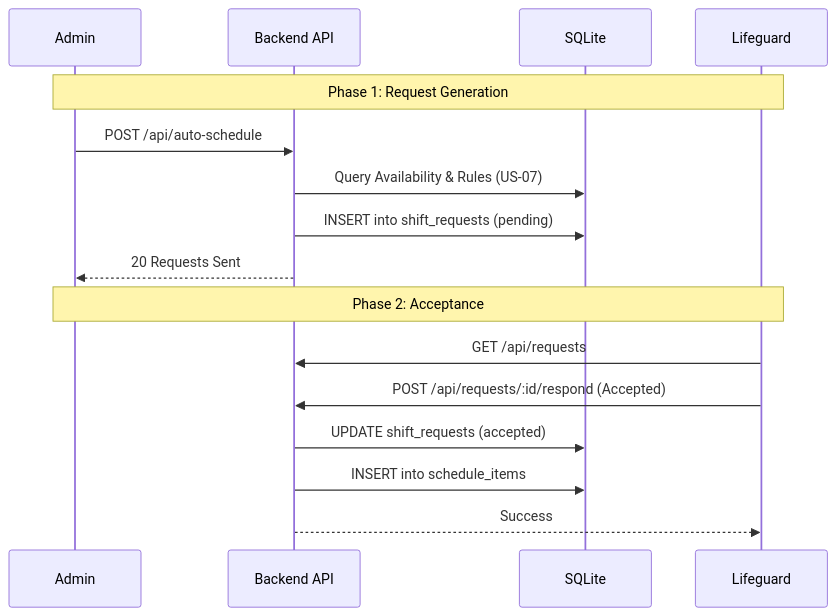
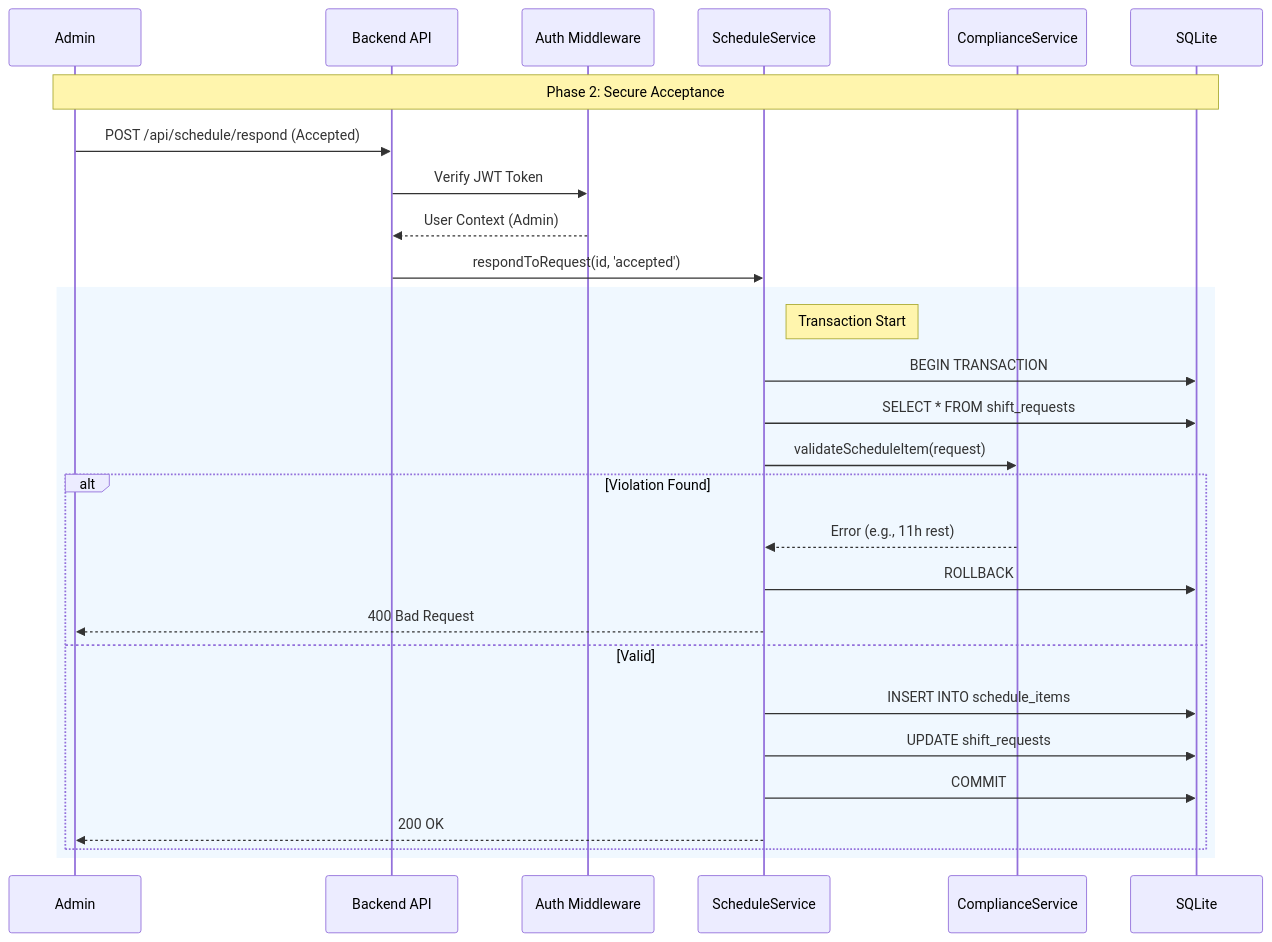
The first of 2 diagrams in ARCHITECTURE.md (huaxel/redders-bit), drawn with Mermaid before and after one commit. The commit also changed other lines of this file and 177 other files, not shown here.

Commit message:
feat: Refactor database initialization with corruption handling, introduce RBAC middleware, and remove all existing API routes.

````diff
--- a/ARCHITECTURE.md
+++ b/ARCHITECTURE.md
@@ -22,20 +21,33 @@
 ```mermaid
 sequenceDiagram
     participant Admin
     participant API as Backend API
+    participant Auth as Auth Middleware
+    participant Svc as ScheduleService
+    participant Comp as ComplianceService
     participant DB as SQLite
-    participant Lifeguard
 
-    Note over Admin, Lifeguard: Phase 1: Request Generation
-    Admin->>API: POST /api/auto-schedule
-    API->>DB: Query Availability & Rules (US-07)
-    API->>DB: INSERT into shift_requests (pending)
-    API-->>Admin: 20 Requests Sent
-
-    Note over Admin, Lifeguard: Phase 2: Acceptance
-    Lifeguard->>API: GET /api/requests
-    Lifeguard->>API: POST /api/requests/:id/respond (Accepted)
-    API->>DB: UPDATE shift_requests (accepted)
-    API->>DB: INSERT into schedule_items
-    API-->>Lifeguard: Success
+    Note over Admin, DB: Phase 2: Secure Acceptance
+    Admin->>API: POST /api/schedule/respond (Accepted)
+    API->>Auth: Verify JWT Token
+    Auth-->>API: User Context (Admin)
+    API->>Svc: respondToRequest(id, 'accepted')
+    
+    rect rgb(240, 248, 255)
+        Note right of Svc: Transaction Start
+        Svc->>DB: BEGIN TRANSACTION
+        Svc->>DB: SELECT * FROM shift_requests
+        Svc->>Comp: validateScheduleItem(request)
+        
+        alt Violation Found
+            Comp-->>Svc: Error (e.g., 11h rest)
+            Svc->>DB: ROLLBACK
+            Svc-->>Admin: 400 Bad Request
+        else Valid
+            Svc->>DB: INSERT INTO schedule_items
+            Svc->>DB: UPDATE shift_requests
+            Svc->>DB: COMMIT
+            Svc-->>Admin: 200 OK
+        end
+    end
 ```
````
